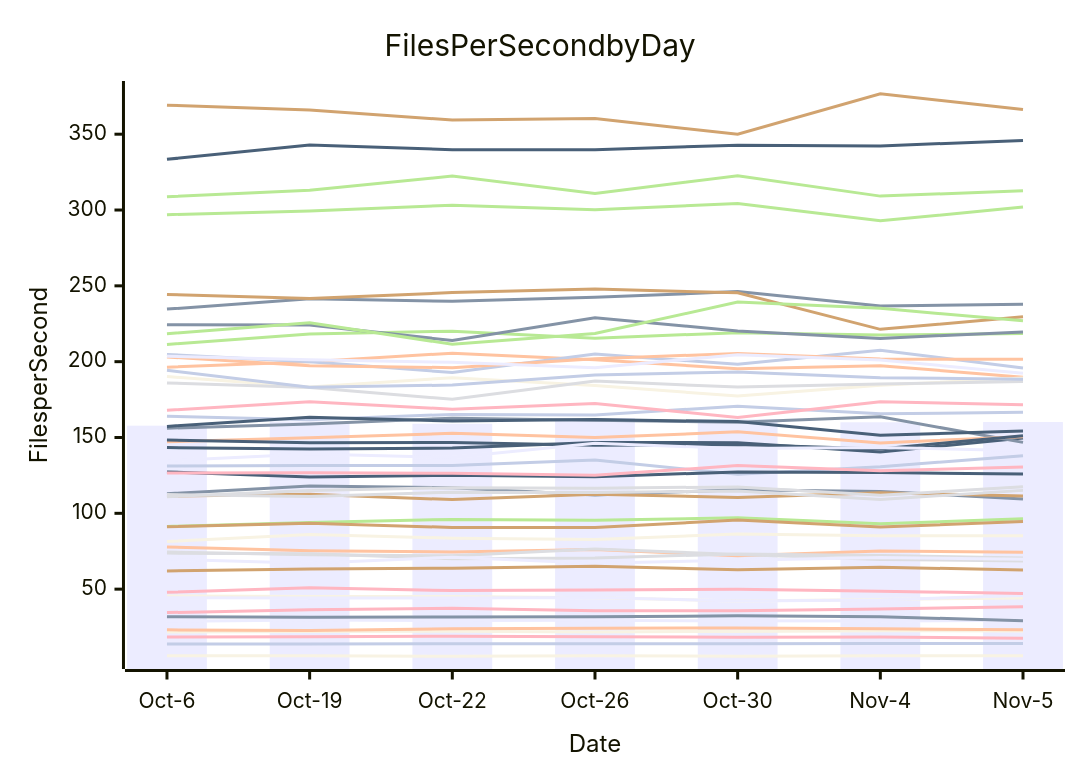
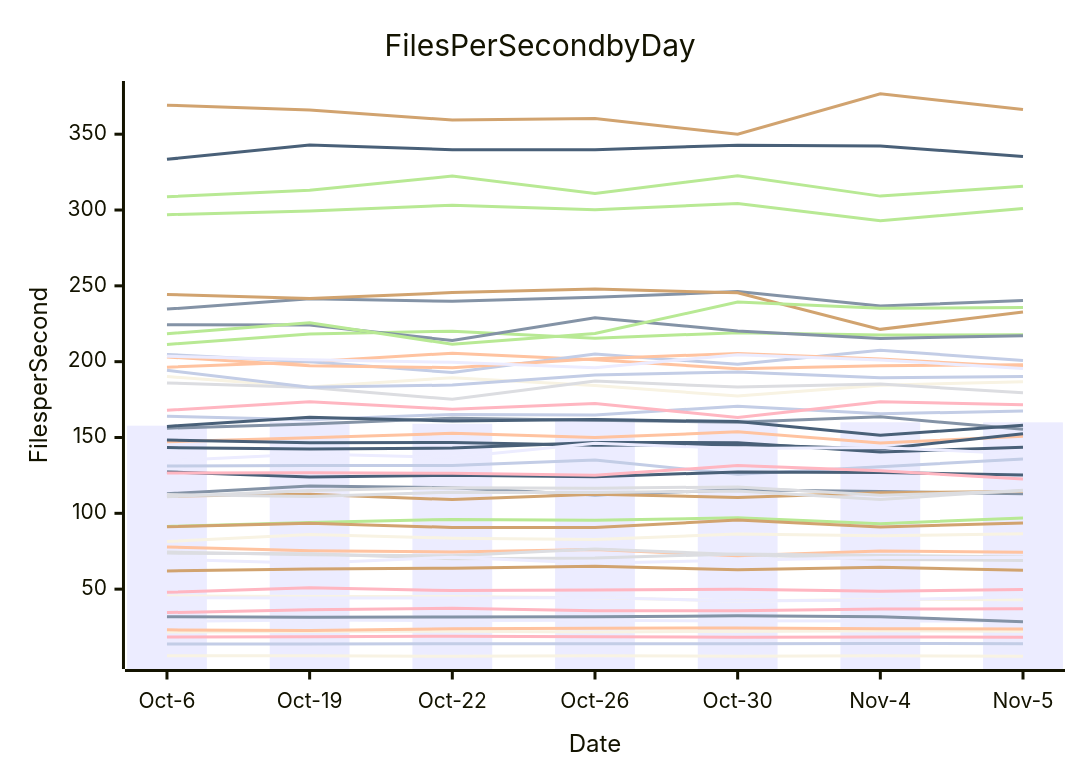
The diagram in perf-report.md (streetsidesoftware/cspell), drawn with Mermaid before and after one commit. The commit also changed other lines of this file and 1 other file, not shown here.

````diff
--- a/perf-report.md
+++ b/perf-report.md
@@ -10,57 +10,57 @@
 ```mermaid
 xychart-beta
     title Files Per Second by Day
     y-axis Files per Second
     x-axis Date [Oct-6, Oct-19, Oct-22, Oct-26, Oct-30, Nov-4, Nov-5]
-    bar [157.78, 160.58, 159.03, 162.88, 161.94, 160.02, 160.20]
-    line [112.94, 118.00, 116.85, 112.16, 115.50, 114.45, 109.49]
-    line [77.78, 75.28, 74.51, 76.18, 72.03, 75.21, 74.28]
-    line [74.54, 72.64, 71.96, 76.44, 72.80, 69.62, 68.61]
-    line [91.34, 93.97, 96.00, 95.45, 97.05, 93.17, 96.34]
-    line [111.42, 112.56, 109.04, 112.63, 110.40, 113.53, 111.46]
-    line [164.09, 161.71, 165.23, 164.80, 170.61, 165.61, 166.59]
-    line [34.53, 36.49, 37.33, 35.82, 35.71, 36.86, 38.45]
-    line [333.43, 342.86, 339.81, 339.82, 342.79, 342.26, 345.84]
-    line [45.48, 45.18, 45.07, 44.31, 42.25, 43.22, 44.16]
-    line [44.34, 44.15, 44.08, 44.42, 42.24, 42.88, 45.83]
-    line [234.66, 241.48, 239.78, 242.41, 246.20, 236.64, 237.92]
-    line [196.39, 199.93, 205.59, 201.31, 195.27, 197.35, 189.76]
-    line [73.77, 73.27, 70.11, 70.57, 73.22, 72.23, 70.46]
-    line [296.93, 299.41, 303.13, 300.22, 304.34, 292.89, 301.97]
-    line [91.13, 93.37, 90.70, 90.60, 95.53, 91.04, 94.53]
-    line [131.24, 131.49, 131.59, 135.21, 125.70, 130.73, 137.94]
-    line [167.92, 173.59, 168.67, 172.42, 163.25, 173.61, 171.52]
-    line [143.38, 142.44, 143.06, 146.69, 146.59, 140.40, 149.71]
-    line [190.21, 183.26, 189.47, 184.23, 177.36, 184.49, 189.19]
-    line [28.81, 29.58, 29.31, 29.41, 29.14, 29.07, 29.47]
-    line [156.12, 158.95, 162.77, 161.40, 160.02, 163.60, 146.79]
-    line [147.14, 149.81, 152.74, 149.93, 153.73, 146.39, 150.56]
-    line [185.98, 183.04, 175.20, 187.18, 183.23, 185.22, 186.91]
-    line [211.32, 218.31, 220.10, 215.49, 219.14, 217.54, 218.56]
-    line [244.34, 241.58, 245.56, 247.95, 245.41, 221.31, 229.61]
-    line [204.79, 199.89, 192.85, 204.98, 198.27, 207.58, 195.90]
-    line [47.88, 50.97, 49.03, 49.37, 49.99, 48.68, 47.13]
-    line [148.37, 146.50, 146.67, 144.85, 145.45, 142.42, 151.19]
-    line [6.00, 6.02, 5.75, 6.03, 5.80, 6.05, 6.09]
-    line [69.72, 67.05, 71.08, 67.00, 69.09, 70.86, 69.74]
-    line [31.79, 31.44, 31.67, 31.78, 32.41, 31.83, 29.21]
-    line [203.08, 197.32, 196.05, 201.96, 205.39, 201.71, 201.52]
-    line [111.00, 115.01, 116.88, 116.53, 117.43, 111.89, 117.51]
-    line [308.73, 313.03, 322.37, 310.93, 322.55, 309.17, 312.67]
-    line [62.01, 63.29, 63.79, 65.07, 62.75, 64.51, 62.59]
-    line [13.86, 13.81, 14.01, 14.02, 13.97, 14.18, 14.24]
-    line [18.38, 18.69, 19.00, 18.63, 18.25, 18.44, 17.68]
-    line [127.28, 123.99, 125.15, 124.19, 127.28, 126.86, 125.90]
-    line [21.69, 22.11, 22.28, 21.78, 22.12, 22.59, 22.45]
-    line [203.55, 201.34, 199.55, 196.07, 204.60, 201.12, 192.39]
-    line [224.28, 224.21, 213.97, 229.01, 220.21, 215.36, 219.64]
-    line [23.16, 22.78, 23.92, 24.17, 24.43, 23.95, 23.15]
-    line [112.35, 111.02, 113.95, 113.80, 114.69, 109.15, 115.13]
-    line [218.48, 225.66, 211.47, 218.53, 239.32, 235.17, 226.95]
-    line [369.11, 365.93, 359.34, 360.33, 349.95, 376.67, 366.30]
-    line [194.31, 183.18, 184.56, 191.17, 193.23, 189.38, 188.45]
-    line [126.66, 126.74, 126.46, 125.04, 131.49, 128.05, 130.61]
-    line [157.33, 163.29, 160.80, 161.82, 160.48, 151.46, 154.36]
-    line [81.41, 86.03, 83.62, 82.78, 86.40, 85.26, 85.17]
-    line [134.66, 139.08, 136.76, 146.14, 142.74, 143.48, 141.18]
+    bar [157.78, 160.58, 159.03, 162.88, 161.94, 160.02, 159.99]
+    line [112.94, 118.00, 116.85, 112.16, 115.50, 114.45, 112.83]
+    line [77.78, 75.28, 74.51, 76.18, 72.03, 75.21, 74.33]
+    line [74.54, 72.64, 71.96, 76.44, 72.80, 69.62, 68.95]
+    line [91.34, 93.97, 96.00, 95.45, 97.05, 93.17, 96.87]
+    line [111.42, 112.56, 109.04, 112.63, 110.40, 113.53, 114.39]
+    line [164.09, 161.71, 165.23, 164.80, 170.61, 165.61, 167.50]
+    line [34.53, 36.49, 37.33, 35.82, 35.71, 36.86, 37.15]
+    line [333.43, 342.86, 339.81, 339.82, 342.79, 342.26, 335.24]
+    line [45.48, 45.18, 45.07, 44.31, 42.25, 43.22, 43.08]
+    line [44.34, 44.15, 44.08, 44.42, 42.24, 42.88, 44.93]
+    line [234.66, 241.48, 239.78, 242.41, 246.20, 236.64, 240.32]
+    line [196.39, 199.93, 205.59, 201.31, 195.27, 197.35, 197.98]
+    line [73.77, 73.27, 70.11, 70.57, 73.22, 72.23, 71.26]
+    line [296.93, 299.41, 303.13, 300.22, 304.34, 292.89, 300.93]
+    line [91.13, 93.37, 90.70, 90.60, 95.53, 91.04, 93.69]
+    line [131.24, 131.49, 131.59, 135.21, 125.70, 130.73, 135.82]
+    line [167.92, 173.59, 168.67, 172.42, 163.25, 173.61, 171.60]
+    line [143.38, 142.44, 143.06, 146.69, 146.59, 140.40, 143.59]
+    line [190.21, 183.26, 189.47, 184.23, 177.36, 184.49, 186.80]
+    line [28.81, 29.58, 29.31, 29.41, 29.14, 29.07, 28.82]
+    line [156.12, 158.95, 162.77, 161.40, 160.02, 163.60, 155.42]
+    line [147.14, 149.81, 152.74, 149.93, 153.73, 146.39, 150.74]
+    line [185.98, 183.04, 175.20, 187.18, 183.23, 185.22, 179.47]
+    line [211.32, 218.31, 220.10, 215.49, 219.14, 217.54, 217.72]
+    line [244.34, 241.58, 245.56, 247.95, 245.41, 221.31, 232.76]
+    line [204.79, 199.89, 192.85, 204.98, 198.27, 207.58, 200.75]
+    line [47.88, 50.97, 49.03, 49.37, 49.99, 48.68, 49.78]
+    line [148.37, 146.50, 146.67, 144.85, 145.45, 142.42, 152.50]
+    line [6.00, 6.02, 5.75, 6.03, 5.80, 6.05, 5.83]
+    line [69.72, 67.05, 71.08, 67.00, 69.09, 70.86, 70.85]
+    line [31.79, 31.44, 31.67, 31.78, 32.41, 31.83, 28.53]
+    line [203.08, 197.32, 196.05, 201.96, 205.39, 201.71, 196.64]
+    line [111.00, 115.01, 116.88, 116.53, 117.43, 111.89, 114.68]
+    line [308.73, 313.03, 322.37, 310.93, 322.55, 309.17, 315.72]
+    line [62.01, 63.29, 63.79, 65.07, 62.75, 64.51, 62.42]
+    line [13.86, 13.81, 14.01, 14.02, 13.97, 14.18, 14.06]
+    line [18.38, 18.69, 19.00, 18.63, 18.25, 18.44, 18.33]
+    line [127.28, 123.99, 125.15, 124.19, 127.28, 126.86, 125.32]
+    line [21.69, 22.11, 22.28, 21.78, 22.12, 22.59, 22.20]
+    line [203.55, 201.34, 199.55, 196.07, 204.60, 201.12, 195.48]
+    line [224.28, 224.21, 213.97, 229.01, 220.21, 215.36, 217.13]
+    line [23.16, 22.78, 23.92, 24.17, 24.43, 23.95, 23.71]
+    line [112.35, 111.02, 113.95, 113.80, 114.69, 109.15, 115.29]
+    line [218.48, 225.66, 211.47, 218.53, 239.32, 235.17, 235.72]
+    line [369.11, 365.93, 359.34, 360.33, 349.95, 376.67, 366.22]
+    line [194.31, 183.18, 184.56, 191.17, 193.23, 189.38, 190.30]
+    line [126.66, 126.74, 126.46, 125.04, 131.49, 128.05, 122.59]
+    line [157.33, 163.29, 160.80, 161.82, 160.48, 151.46, 158.07]
+    line [81.41, 86.03, 83.62, 82.78, 86.40, 85.26, 86.48]
+    line [134.66, 139.08, 136.76, 146.14, 142.74, 143.48, 139.16]
 ```
````
